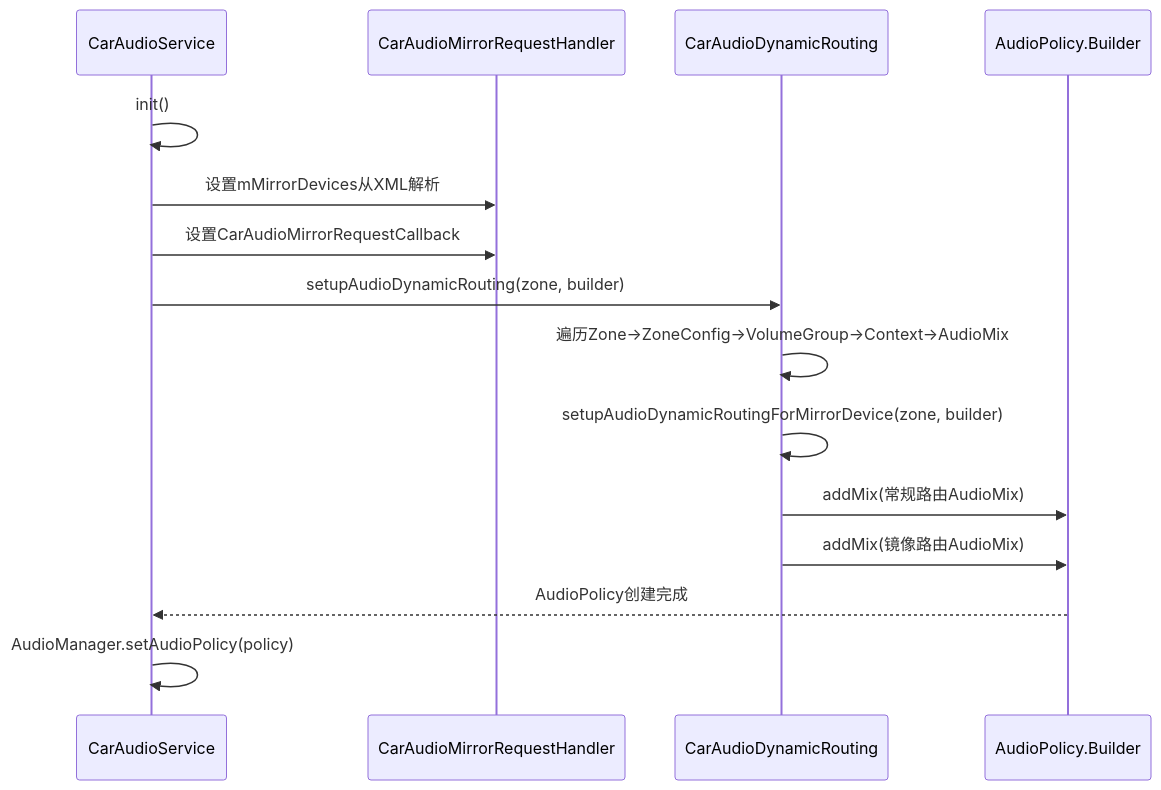
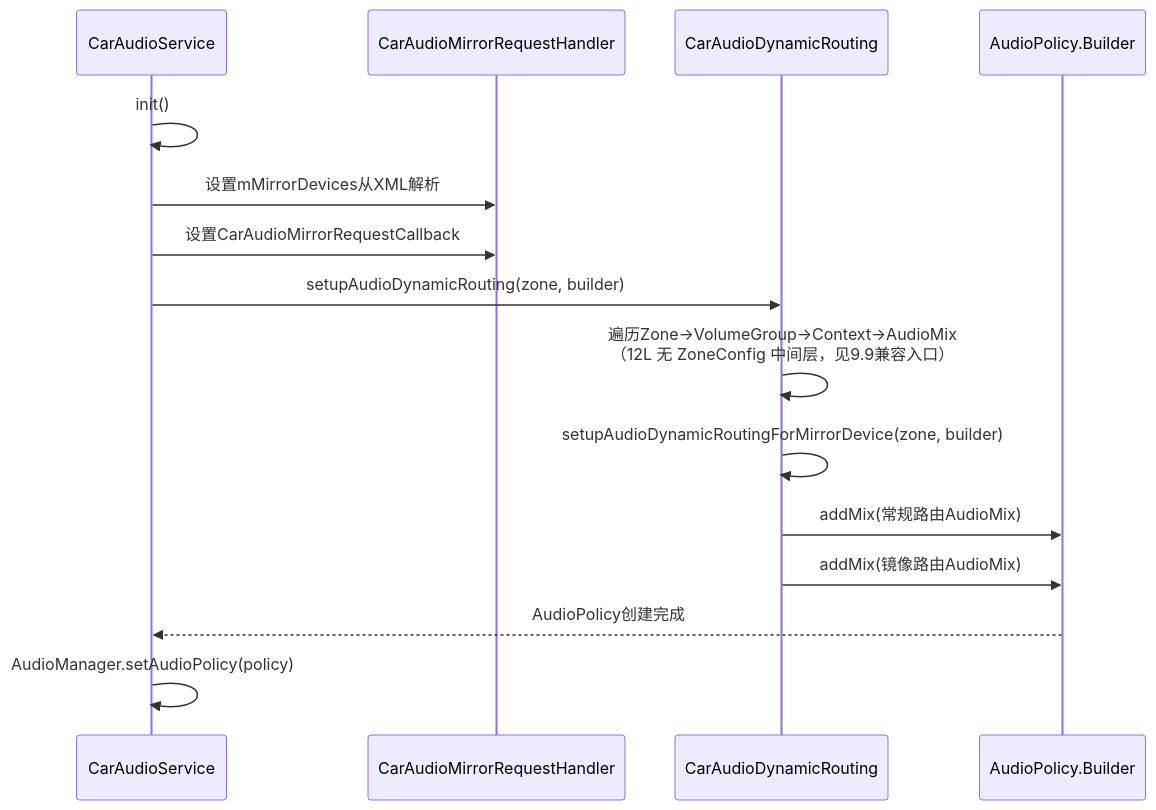
Before and after one commit to yanglinzhen1022/SA8295_AAOS_QNX_Audio_KnowledgeBase: the sixth of 8 diagrams in 09_AAOS_Car_Audio/09_9.7_Audio_Mirroring-音频镜像.md, drawn with Mermaid. The commit also changed other lines of this file and 58 other files, not shown here.

````diff
--- a/09_AAOS_Car_Audio/09_9.7_Audio_Mirroring-音频镜像.md
+++ b/09_AAOS_Car_Audio/09_9.7_Audio_Mirroring-音频镜像.md
@@ -314,17 +314,17 @@
 ```mermaid
 sequenceDiagram
     participant CAS as CarAudioService
     participant MRH as CarAudioMirrorRequestHandler
     participant DRV as CarAudioDynamicRouting
     participant APB as AudioPolicy.Builder
     CAS->>CAS: init()
     CAS->>MRH: 设置mMirrorDevices从XML解析
     CAS->>MRH: 设置CarAudioMirrorRequestCallback
     CAS->>DRV: setupAudioDynamicRouting(zone, builder)
-    DRV->>DRV: 遍历Zone→ZoneConfig→VolumeGroup→Context→AudioMix
+    DRV->>DRV: 遍历Zone→VolumeGroup→Context→AudioMix<br>（12L 无 ZoneConfig 中间层，见9.9兼容入口）
     DRV->>DRV: setupAudioDynamicRoutingForMirrorDevice(zone, builder)
     DRV->>APB: addMix(常规路由AudioMix)
     DRV->>APB: addMix(镜像路由AudioMix)
     APB-->>CAS: AudioPolicy创建完成
     CAS->>CAS: AudioManager.setAudioPolicy(policy)
 ```
````
